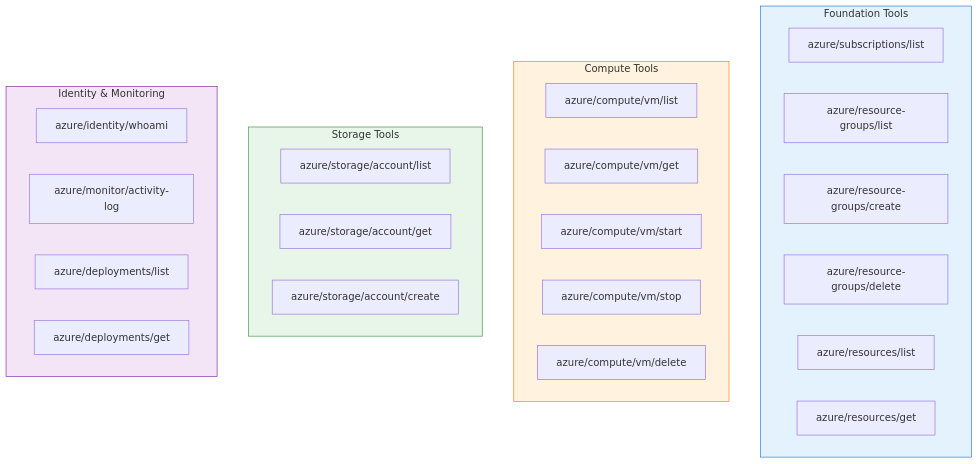
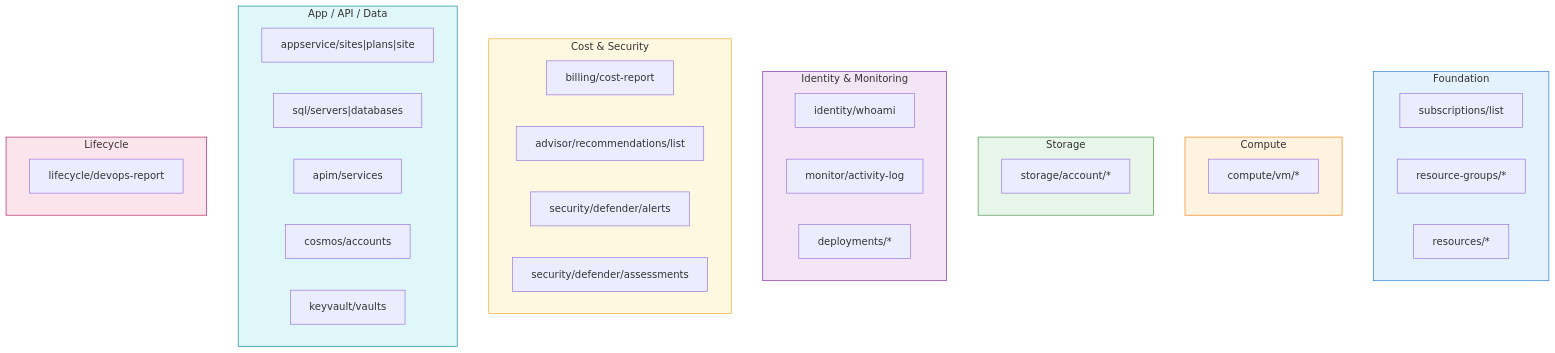
Before and after one commit to pxkundu/azure-observer-mcp: the diagram in docs/tools-reference.md, drawn with Mermaid. The commit also changed other lines of this file and 28 other files, not shown here.

Commit message:
Updated new tools with Cost, Security and AppDev features

````diff
--- a/docs/tools-reference.md
+++ b/docs/tools-reference.md
@@ -7,37 +7,49 @@
 ```mermaid
 graph TD
-    subgraph Foundation["Foundation Tools"]
-        SL["azure/subscriptions/list"]
-        RGL["azure/resource-groups/list"]
-        RGC["azure/resource-groups/create"]
-        RGD["azure/resource-groups/delete"]
-        RL["azure/resources/list"]
-        RG2["azure/resources/get"]
+    subgraph Foundation["Foundation"]
+        SL["subscriptions/list"]
+        RGL["resource-groups/*"]
+        RL["resources/*"]
     end
 
-    subgraph Compute["Compute Tools"]
-        VML["azure/compute/vm/list"]
-        VMG["azure/compute/vm/get"]
-        VMSTART["azure/compute/vm/start"]
-        VMSTOP["azure/compute/vm/stop"]
-        VMDEL["azure/compute/vm/delete"]
+    subgraph Compute["Compute"]
+        VM["compute/vm/*"]
     end
 
-    subgraph Storage["Storage Tools"]
-        SAL["azure/storage/account/list"]
-        SAG["azure/storage/account/get"]
-        SAC["azure/storage/account/create"]
+    subgraph Storage["Storage"]
+        ST["storage/account/*"]
     end
 
     subgraph Observe["Identity & Monitoring"]
-        WHO["azure/identity/whoami"]
-        ACT["azure/monitor/activity-log"]
-        DPL["azure/deployments/list"]
-        DPG["azure/deployments/get"]
+        WHO["identity/whoami"]
+        ACT["monitor/activity-log"]
+        DEP["deployments/*"]
+    end
+
+    subgraph CostSec["Cost & Security"]
+        BILL["billing/cost-report"]
+        ADV["advisor/recommendations/list"]
+        DEFA["security/defender/alerts"]
+        DEFS["security/defender/assessments"]
+    end
+
+    subgraph DevStack["App / API / Data"]
+        APP["appservice/sites|plans|site"]
+        SQL["sql/servers|databases"]
+        APIM["apim/services"]
+        COS["cosmos/accounts"]
+        KV["keyvault/vaults"]
+    end
+
+    subgraph Lifecycle["Lifecycle"]
+        LIF["lifecycle/devops-report"]
     end
 
     style Foundation fill:#e3f2fd,stroke:#1976D2
     style Compute fill:#fff3e0,stroke:#F57C00
     style Storage fill:#e8f5e9,stroke:#388E3C
     style Observe fill:#f3e5f5,stroke:#7B1FA2
+    style CostSec fill:#fff8e1,stroke:#F9A825
+    style DevStack fill:#e0f7fa,stroke:#00838F
+    style Lifecycle fill:#fce4ec,stroke:#AD1457
 ```
````
